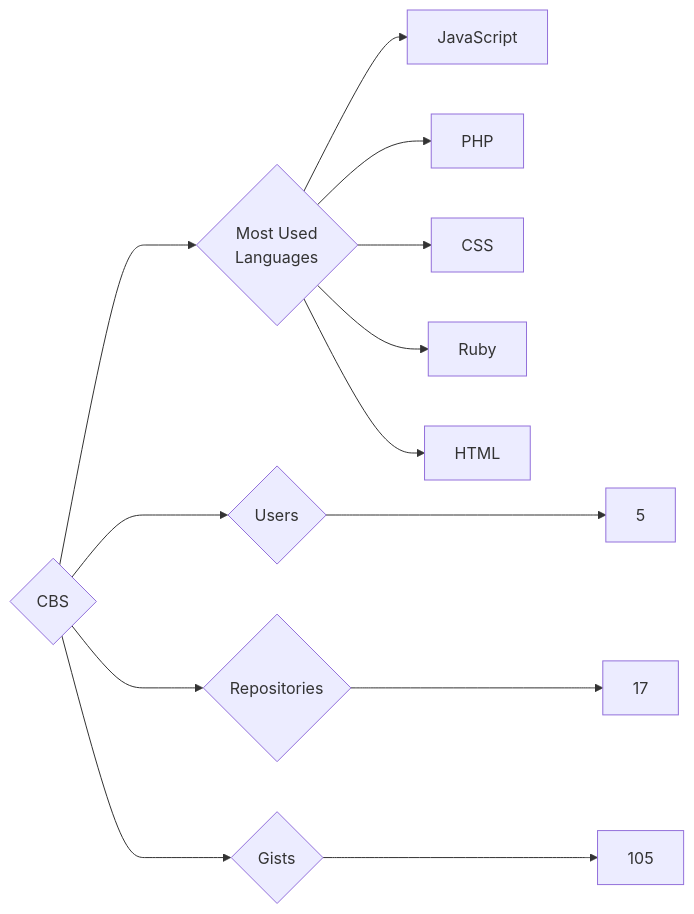
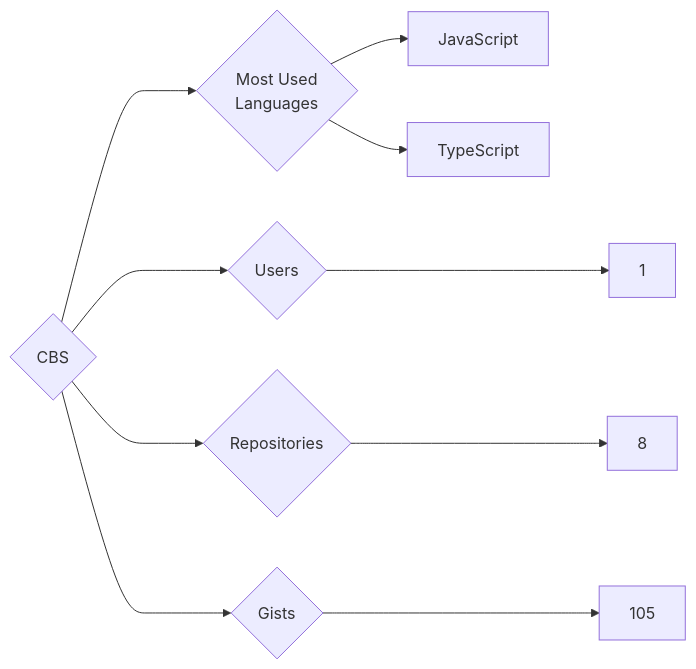
Before and after one commit to trickest/insiders: the diagram in targets/CBS/README.md, drawn with Mermaid. The commit also changed 859 other files, not shown here.

````diff
--- a/targets/CBS/README.md
+++ b/targets/CBS/README.md
@@ -3,13 +3,10 @@
 ```mermaid
 graph LR
 COMPANY_NAME{CBS}
-COMPANY_NAME ---> U{Users} ---> UN[5]
-COMPANY_NAME ---> R{Repositories} ---> RN[17]
+COMPANY_NAME ---> U{Users} ---> UN[1]
+COMPANY_NAME ---> R{Repositories} ---> RN[8]
 COMPANY_NAME ---> G{Gists} ---> GN[105]
 COMPANY_NAME ---> ML{Most Used<br>Languages}
 ML --> JavaScript[JavaScript]
-ML --> PHP[PHP]
-ML --> CSS[CSS]
-ML --> Ruby[Ruby]
-ML --> HTML[HTML]
+ML --> TypeScript[TypeScript]
 ```
````
